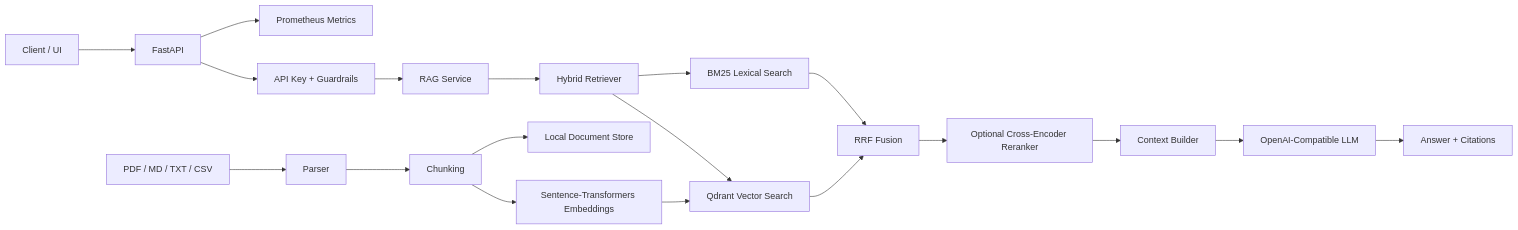
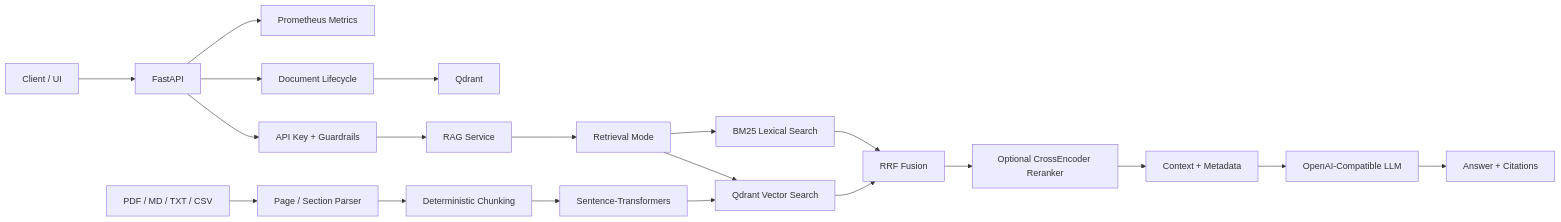
One commit to kewinall/enterprise-rag-platform changed the diagram in README.md. Above: the diagram before and after it, drawn with Mermaid. The commit also changed other lines of this file and 26 other files, not shown here.

````diff
--- a/README.md
+++ b/README.md
@@ -25,25 +28,26 @@
-```mermaid
+~~~mermaid
 flowchart LR
     U[Client / UI] --> API[FastAPI]
     API --> SEC[API Key + Guardrails]
     SEC --> RAG[RAG Service]
 
-    RAG --> RET[Hybrid Retriever]
+    RAG --> RET[Retrieval Mode]
     RET --> V[Qdrant Vector Search]
     RET --> B[BM25 Lexical Search]
     V --> F[RRF Fusion]
     B --> F
-    F --> RR[Optional Cross-Encoder Reranker]
+    F --> RR[Optional CrossEncoder Reranker]
 
-    RR --> CTX[Context Builder]
+    RR --> CTX[Context + Metadata]
     CTX --> LLM[OpenAI-Compatible LLM]
     LLM --> ANS[Answer + Citations]
 
-    ING[PDF / MD / TXT / CSV] --> PARSE[Parser]
-    PARSE --> CHUNK[Chunking]
-    CHUNK --> EMB[Sentence-Transformers Embeddings]
+    ING[PDF / MD / TXT / CSV] --> PARSE[Page / Section Parser]
+    PARSE --> CHUNK[Deterministic Chunking]
+    CHUNK --> EMB[Sentence-Transformers]
     EMB --> V
-    CHUNK --> DS[Local Document Store]
 
+    API --> DOC[Document Lifecycle]
+    DOC --> Q[Qdrant]
     API --> MET[Prometheus Metrics]
-```
+~~~
````
